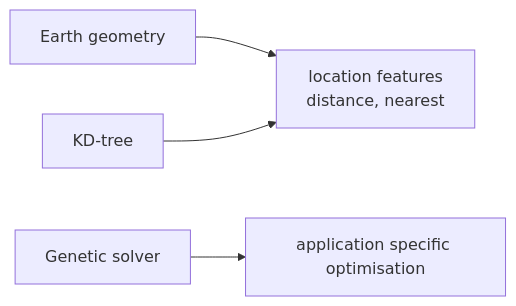
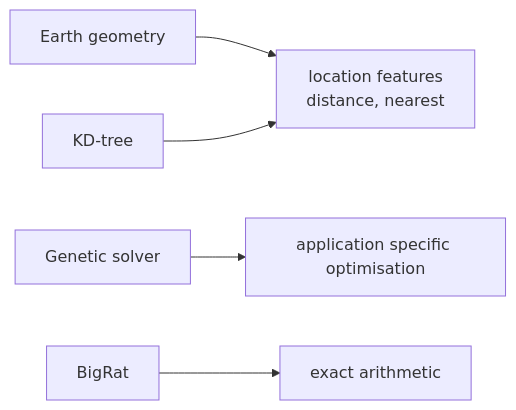
The diagram in SysWeaver.Math/README.md (dosh1974/SysWeaver), drawn with Mermaid before and after one commit. The commit also changed other lines of this file and 532 other files, not shown here.

````diff
--- a/SysWeaver.Math/README.md
+++ b/SysWeaver.Math/README.md
@@ -27,6 +20,7 @@
 ```mermaid
 flowchart LR
   Geo["Earth geometry"] --> Loc["location features<br/>distance, nearest"]
   KD["KD-tree"] --> Loc
   GA["Genetic solver"] --> App["application specific optimisation"]
+  BR["BigRat"] --> Exact["exact arithmetic"]
 ```
````
